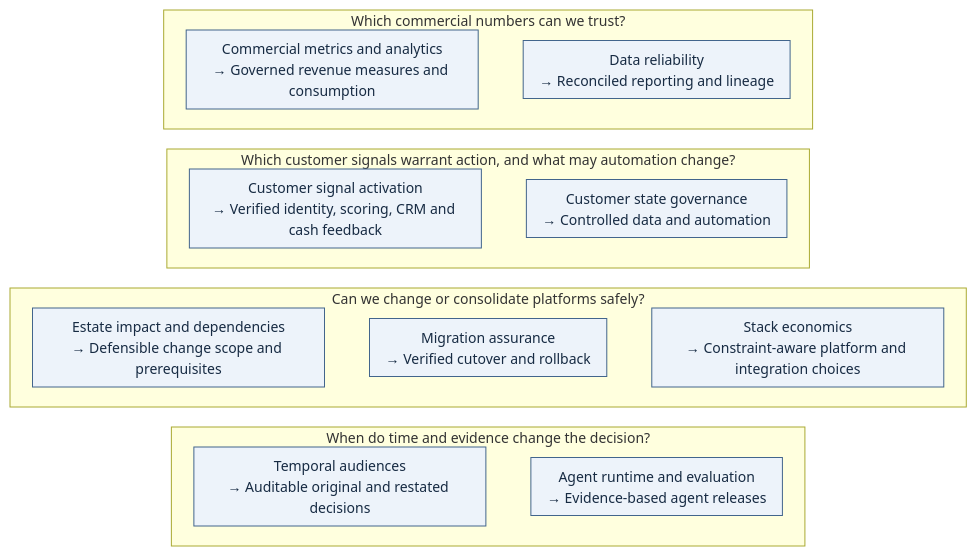
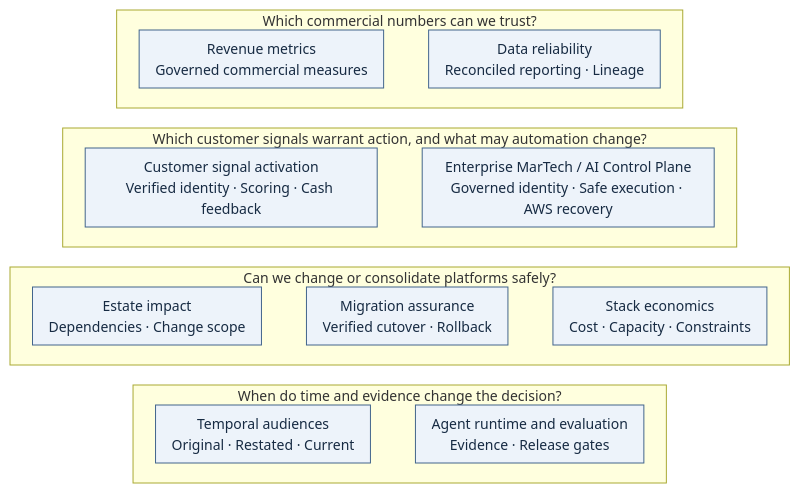
One commit to rlbsem/rlbsem changed the diagram in README.md. Above: the diagram before and after it, drawn with Mermaid.

Commit message:
Refresh independent capability map for AWS control-plane proof

````diff
--- a/README.md
+++ b/README.md
@@ -11,41 +11,41 @@
 ```mermaid
 ---
 config:
   flowchart:
     nodeSpacing: 20
     rankSpacing: 20
     padding: 8
     wrappingWidth: 260
   themeVariables:
     fontSize: 14px
 ---
 flowchart TB
   subgraph M[Which commercial numbers can we trust?]
     direction LR
-    Q["Commercial metrics and analytics<br/>→ Governed revenue measures and consumption"]
-    R["Data reliability<br/>→ Reconciled reporting and lineage"]
+    Q["Revenue metrics<br/>Governed commercial measures"]
+    R["Data reliability<br/>Reconciled reporting · Lineage"]
     Q ~~~ R
   end
   subgraph G[Which customer signals warrant action, and what may automation change?]
     direction LR
-    S["Customer signal activation<br/>→ Verified identity, scoring, CRM and cash feedback"]
-    C["Customer state governance<br/>→ Controlled data and automation"]
+    S["Customer signal activation<br/>Verified identity · Scoring · Cash feedback"]
+    C["Enterprise MarTech / AI Control Plane<br/>Governed identity · Safe execution · AWS recovery"]
     S ~~~ C
   end
   subgraph P[Can we change or consolidate platforms safely?]
     direction LR
-    L["Estate impact and dependencies<br/>→ Defensible change scope and prerequisites"]
-    E["Migration assurance<br/>→ Verified cutover and rollback"]
-    B["Stack economics<br/>→ Constraint-aware platform and integration choices"]
+    L["Estate impact<br/>Dependencies · Change scope"]
+    E["Migration assurance<br/>Verified cutover · Rollback"]
+    B["Stack economics<br/>Cost · Capacity · Constraints"]
     L ~~~ E ~~~ B
   end
   subgraph T[When do time and evidence change the decision?]
     direction LR
-    F["Temporal audiences<br/>→ Auditable original and restated decisions"]
-    D["Agent runtime and evaluation<br/>→ Evidence-based agent releases"]
+    F["Temporal audiences<br/>Original · Restated · Current"]
+    D["Agent runtime and evaluation<br/>Evidence · Release gates"]
     F ~~~ D
   end
   M ~~~ G ~~~ P ~~~ T
   classDef capability fill:#edf3fa,stroke:#42658c,color:#172b43;
   class Q,R,S,C,L,E,F,D,B capability;
 ```
````
